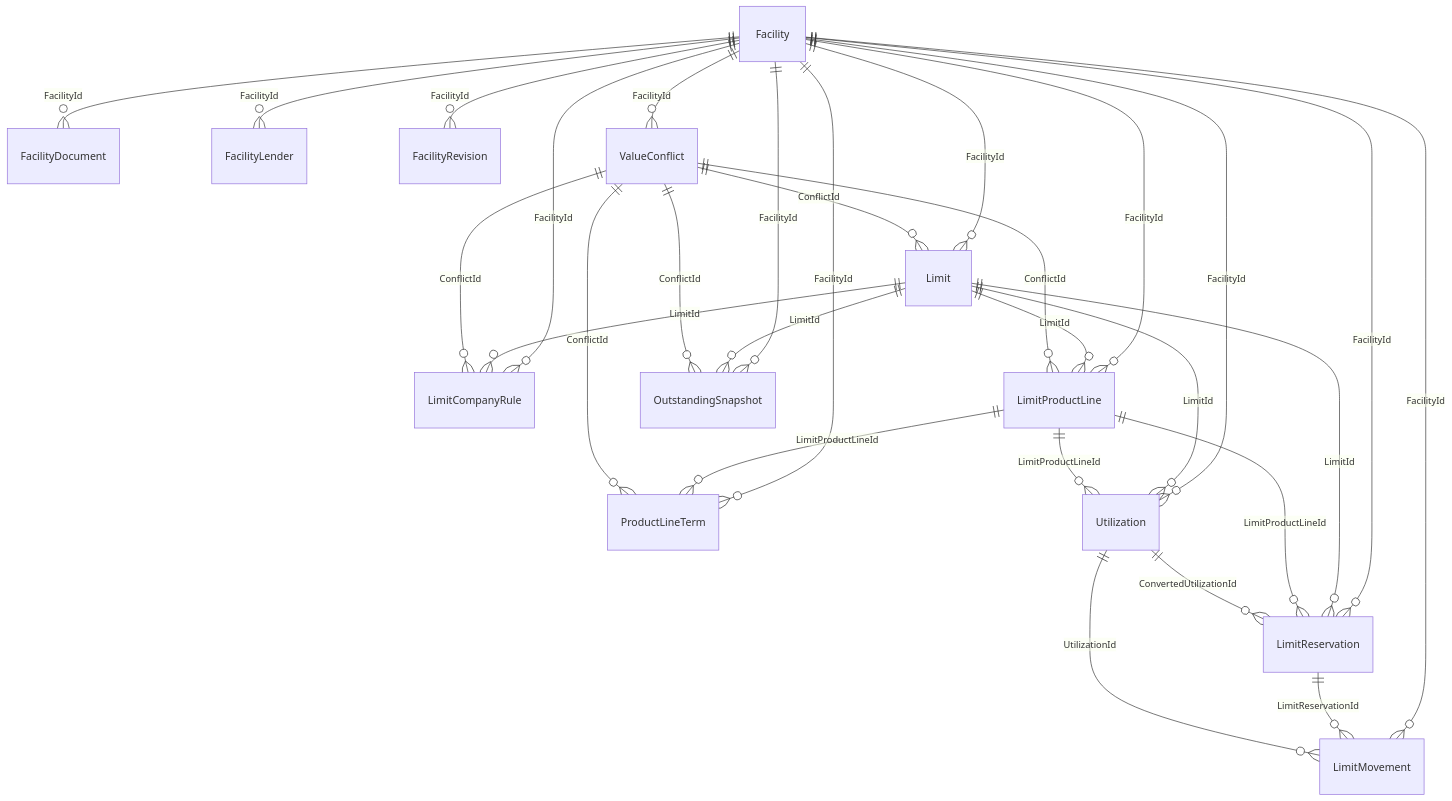
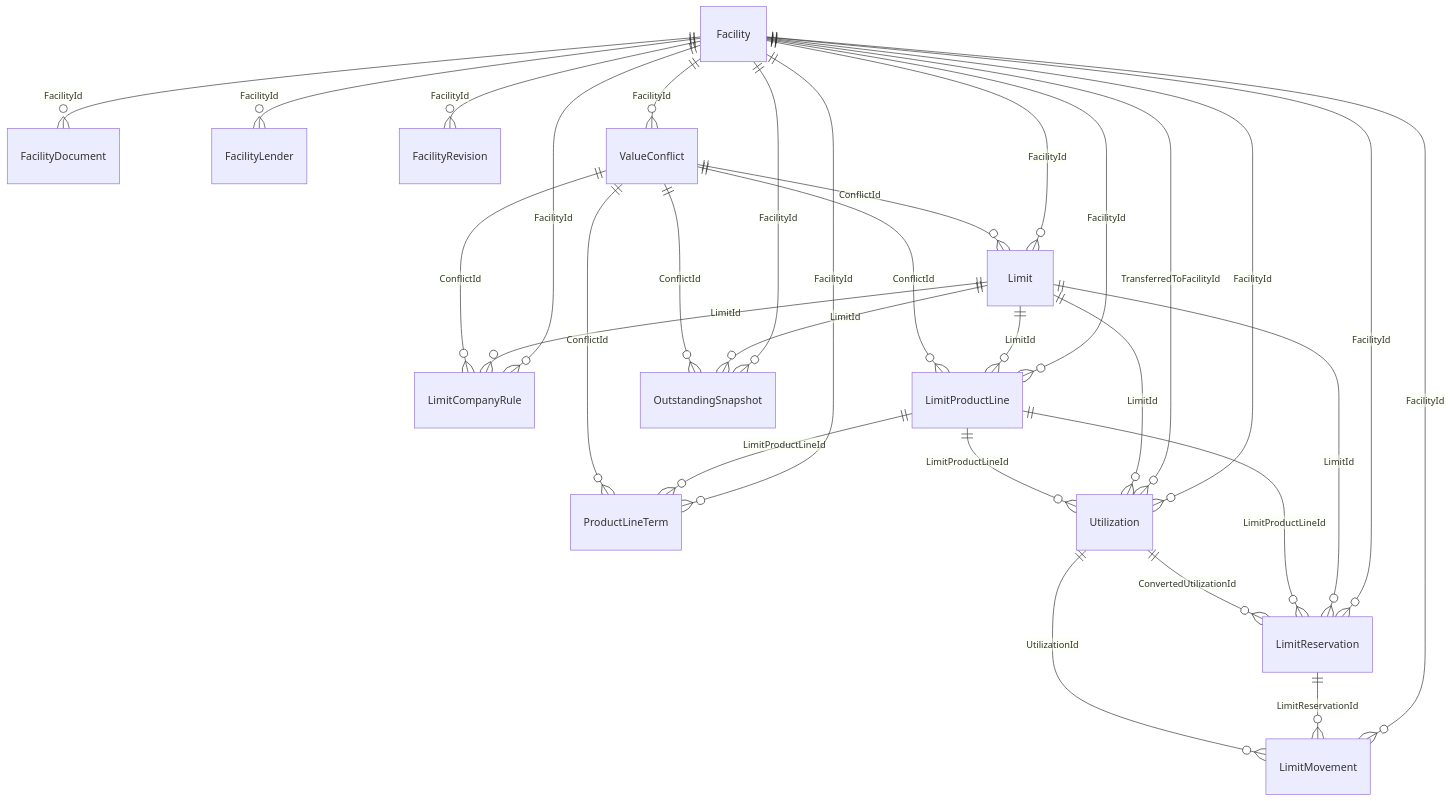
Before and after one commit to thawrasy/smartlines: diagram 12 of 20 in treasury-platform/docs/22-erd-by-schema.md, drawn with Mermaid. The commit also changed other lines of this file and 72 other files, not shown here.

````diff
--- a/treasury-platform/docs/22-erd-by-schema.md
+++ b/treasury-platform/docs/22-erd-by-schema.md
@@ -307,31 +307,32 @@
 ```mermaid
 erDiagram
   Facility ||--o{ FacilityDocument : "FacilityId"
   Facility ||--o{ FacilityLender : "FacilityId"
   Facility ||--o{ FacilityRevision : "FacilityId"
   Facility ||--o{ Limit : "FacilityId"
   Facility ||--o{ LimitCompanyRule : "FacilityId"
   Facility ||--o{ LimitMovement : "FacilityId"
   Facility ||--o{ LimitProductLine : "FacilityId"
   Facility ||--o{ LimitReservation : "FacilityId"
   Facility ||--o{ OutstandingSnapshot : "FacilityId"
   Facility ||--o{ ProductLineTerm : "FacilityId"
   Facility ||--o{ Utilization : "FacilityId"
+  Facility ||--o{ Utilization : "TransferredToFacilityId"
   Facility ||--o{ ValueConflict : "FacilityId"
   Limit ||--o{ LimitCompanyRule : "LimitId"
   Limit ||--o{ LimitProductLine : "LimitId"
   Limit ||--o{ LimitReservation : "LimitId"
   Limit ||--o{ OutstandingSnapshot : "LimitId"
   Limit ||--o{ Utilization : "LimitId"
   LimitProductLine ||--o{ LimitReservation : "LimitProductLineId"
   LimitProductLine ||--o{ ProductLineTerm : "LimitProductLineId"
   LimitProductLine ||--o{ Utilization : "LimitProductLineId"
   LimitReservation ||--o{ LimitMovement : "LimitReservationId"
   Utilization ||--o{ LimitMovement : "UtilizationId"
   Utilization ||--o{ LimitReservation : "ConvertedUtilizationId"
   ValueConflict ||--o{ Limit : "ConflictId"
   ValueConflict ||--o{ LimitCompanyRule : "ConflictId"
   ValueConflict ||--o{ LimitProductLine : "ConflictId"
   ValueConflict ||--o{ OutstandingSnapshot : "ConflictId"
   ValueConflict ||--o{ ProductLineTerm : "ConflictId"
 ```
````
